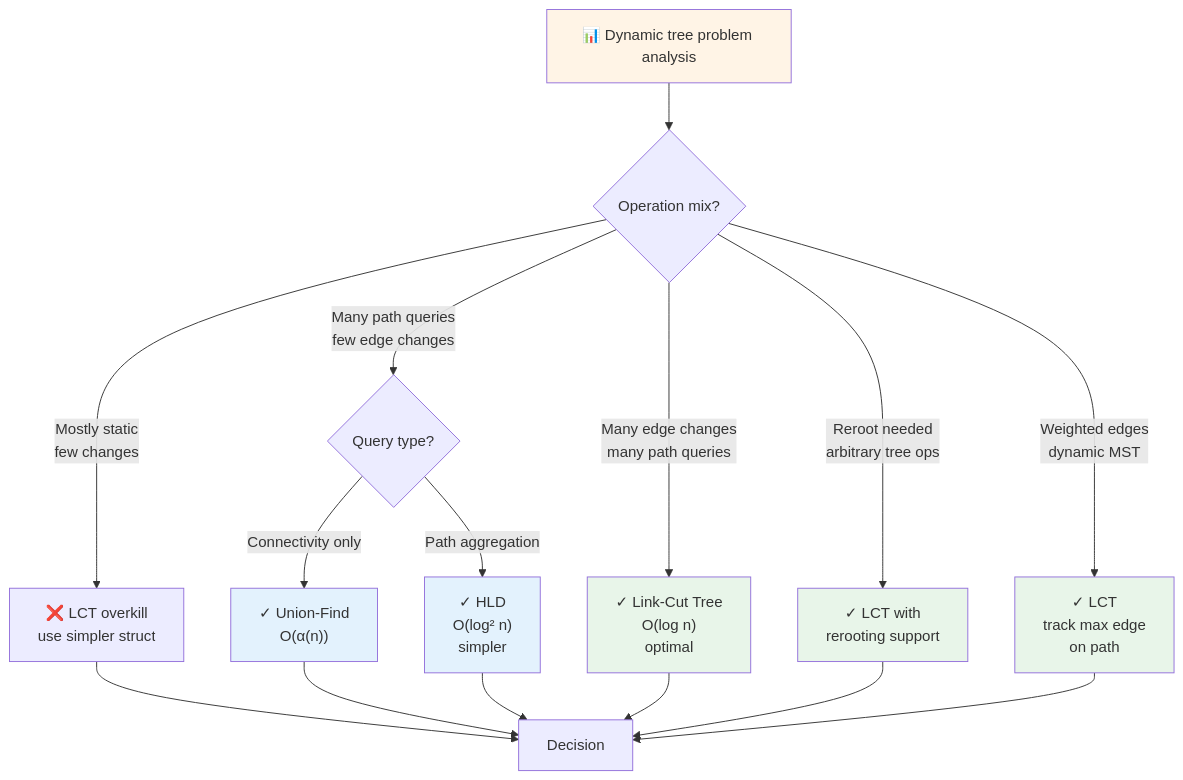
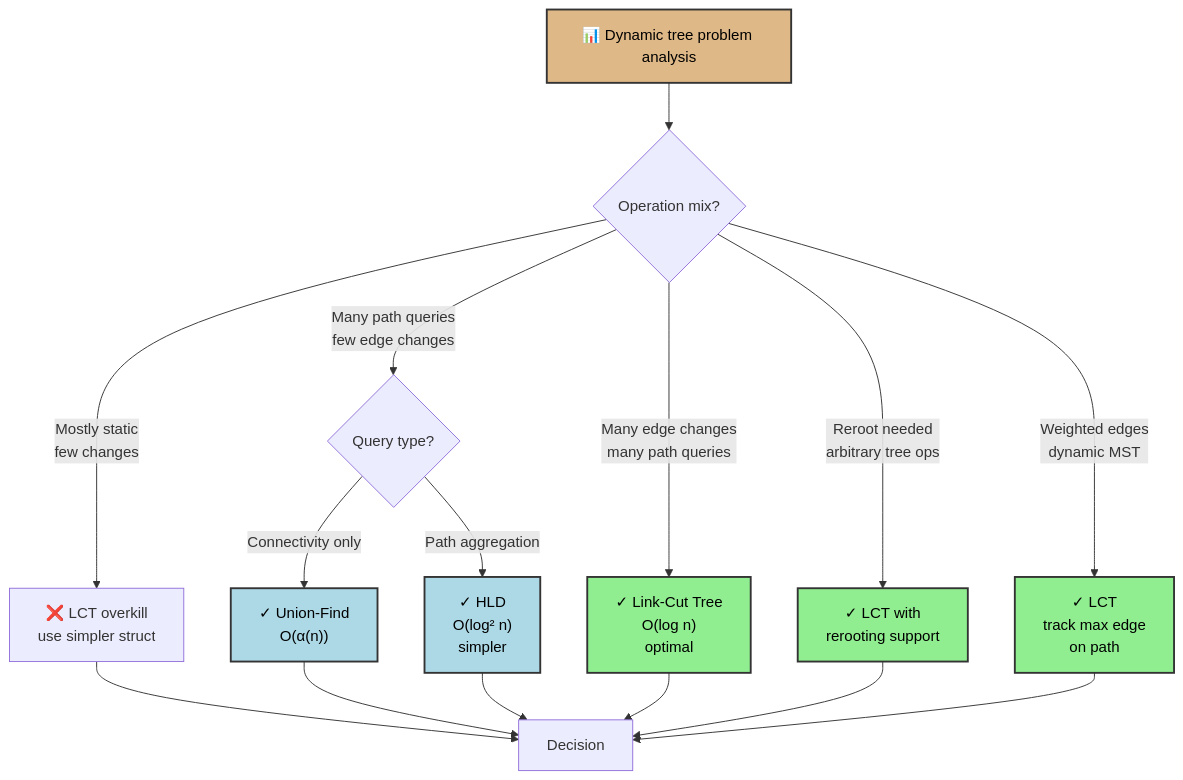
One commit to souradeepta/interviewprep changed the second of 4 diagrams in docs/advanced_ds/link_cut_tree.md. Above: the diagram before and after it, drawn with Mermaid. The commit also changed other lines of this file and 31 other files, not shown here.

Commit message:
updated graphs

````diff
--- a/docs/advanced_ds/link_cut_tree.md
+++ b/docs/advanced_ds/link_cut_tree.md
@@ -124,24 +124,24 @@
 ```mermaid
 flowchart TD
     A["📊 Dynamic tree problem analysis"] --> B{Operation mix?}
     B -->|Mostly static<br/>few changes| C["❌ LCT overkill<br/>use simpler struct"]
     B -->|Many path queries<br/>few edge changes| D{Query type?}
     D -->|Connectivity only| E["✓ Union-Find<br/>O(α(n))"]
     D -->|Path aggregation| F["✓ HLD<br/>O(log² n)<br/>simpler"]
     B -->|Many edge changes<br/>many path queries| G["✓ Link-Cut Tree<br/>O(log n)<br/>optimal"]
     B -->|Reroot needed<br/>arbitrary tree ops| H["✓ LCT with<br/>rerooting support"]
     B -->|Weighted edges<br/>dynamic MST| I["✓ LCT<br/>track max edge<br/>on path"]
     C --> J["Decision"]
     E --> J
     F --> J
     G --> J
     H --> J
     I --> J
     
-    style A fill:#fff4e6
-    style G fill:#e8f5e9
-    style H fill:#e8f5e9
-    style I fill:#e8f5e9
-    style E fill:#e3f2fd
-    style F fill:#e3f2fd
+    style A fill:#deb887,color:#000,stroke:#333,stroke-width:2px
+    style G fill:#90ee90,color:#000,stroke:#333,stroke-width:2px
+    style H fill:#90ee90,color:#000,stroke:#333,stroke-width:2px
+    style I fill:#90ee90,color:#000,stroke:#333,stroke-width:2px
+    style E fill:#add8e6,color:#000,stroke:#333,stroke-width:2px
+    style F fill:#add8e6,color:#000,stroke:#333,stroke-width:2px
 ```
````
